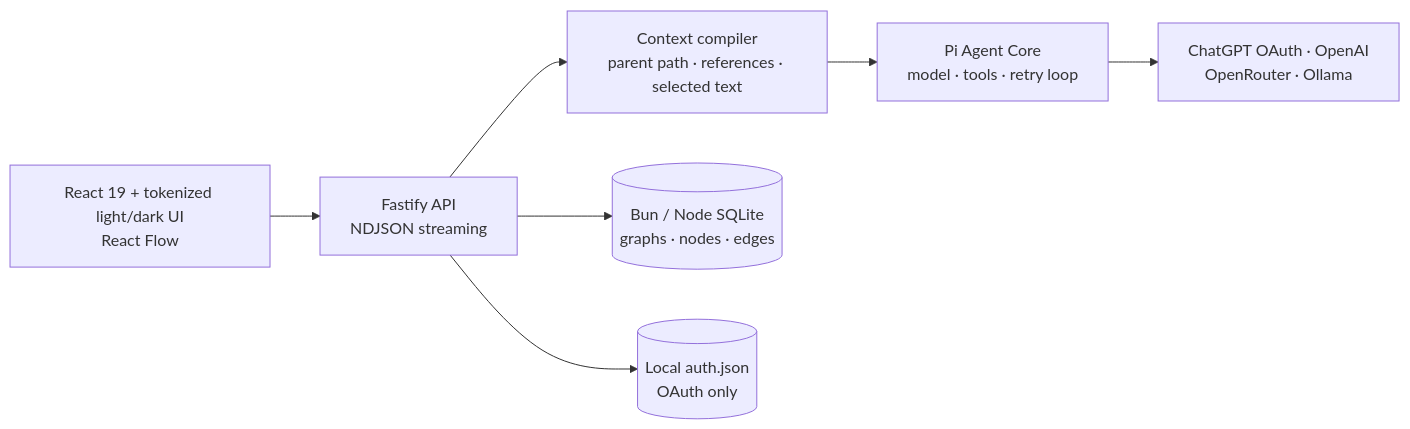
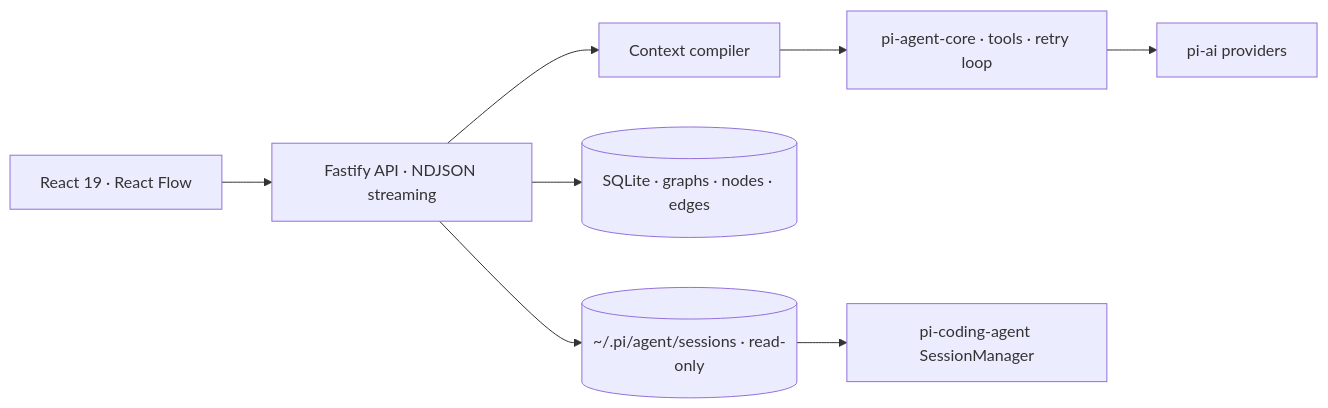
Before and after one commit to everettjf/graphchat: the diagram in README.md, drawn with Mermaid. The commit also changed other lines of this file and 56 other files, not shown here.

First line of the commit message:
Rebuild as Pi Graph Chat with a read-only Pi session bridge

````diff
--- a/README.md
+++ b/README.md
@@ -156,9 +107,10 @@
 ```mermaid
 flowchart LR
-    UI["React 19 + tokenized light/dark UI<br/>React Flow"] --> API["Fastify API<br/>NDJSON streaming"]
-    API --> CTX["Context compiler<br/>parent path · references · selected text"]
-    CTX --> AGENT["Pi Agent Core<br/>model · tools · retry loop"]
-    AGENT --> MODELS["ChatGPT OAuth · OpenAI<br/>OpenRouter · Ollama"]
-    API --> DB[("Bun / Node SQLite<br/>graphs · nodes · edges")]
-    API --> AUTH[("Local auth.json<br/>OAuth only")]
+    UI["React 19 · React Flow"] --> API["Fastify API · NDJSON streaming"]
+    API --> CTX["Context compiler"]
+    CTX --> AGENT["pi-agent-core · tools · retry loop"]
+    AGENT --> MODELS["pi-ai providers"]
+    API --> DB[("SQLite · graphs · nodes · edges")]
+    API --> PI[("~/.pi/agent/sessions · read-only")]
+    PI --> SM["pi-coding-agent SessionManager"]
 ```
````
